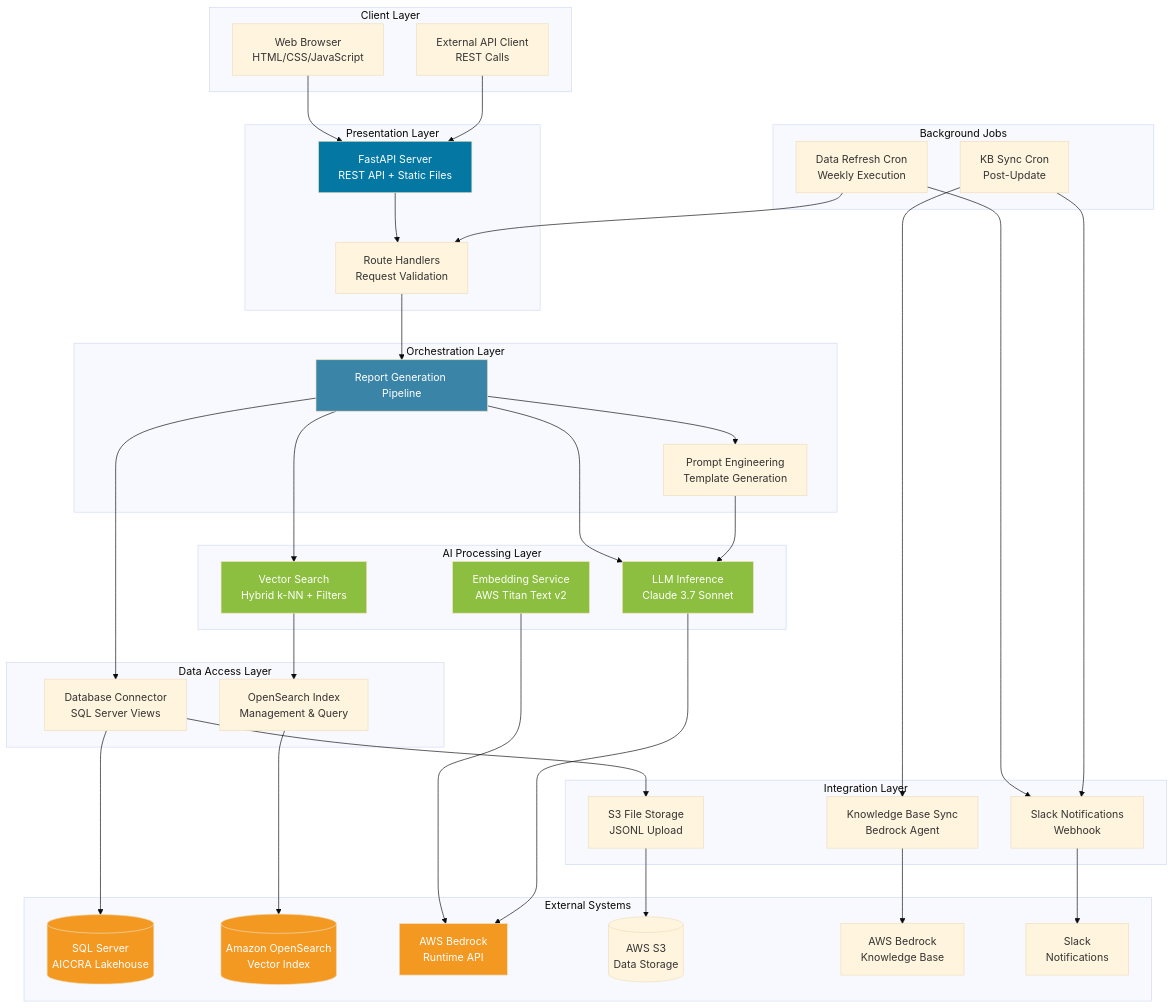
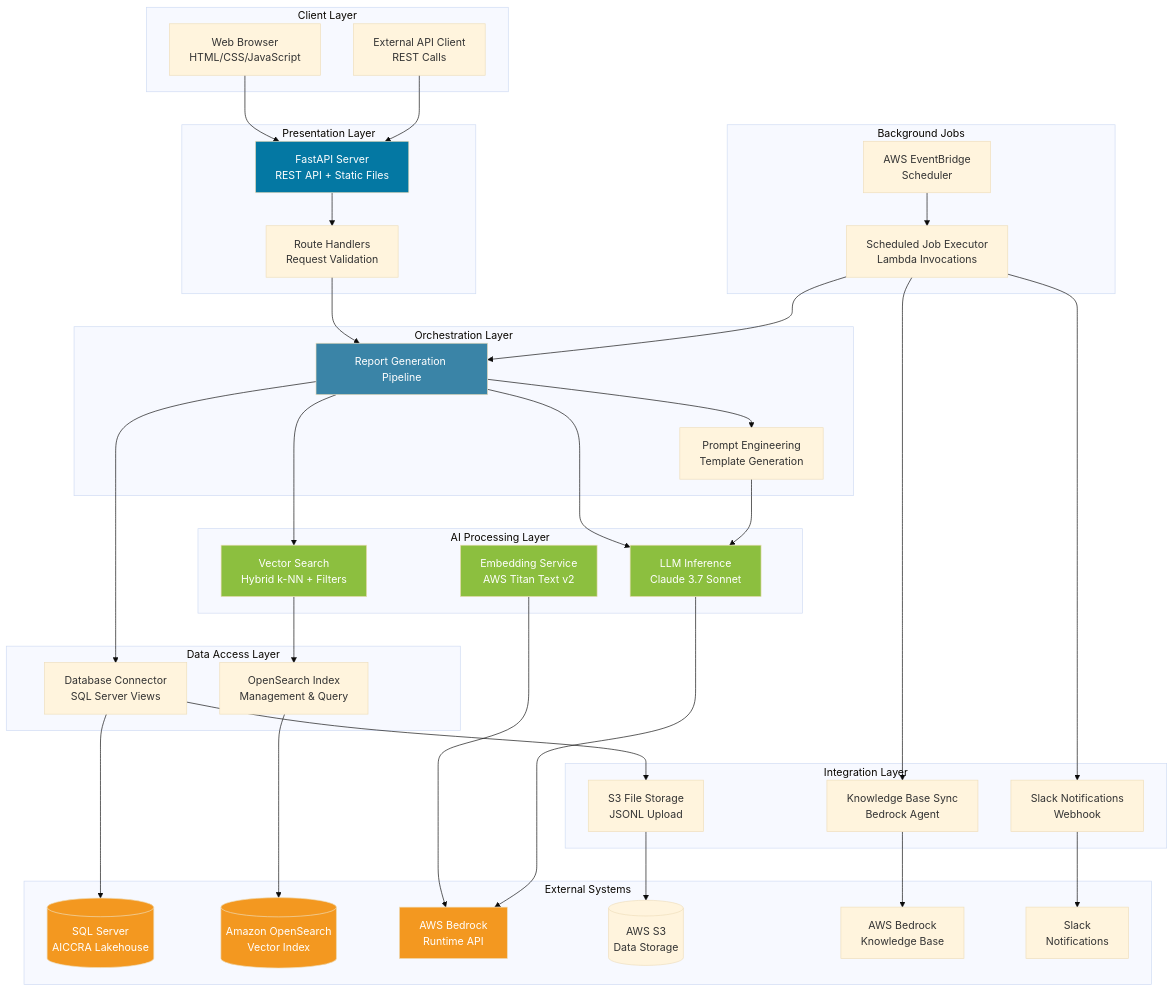
One commit to AllianceBioversityCIAT/ai-services changed the first of 2 diagrams in ar-generator-service/docs/HIGH_LEVEL_DESIGN.md. Above: the diagram before and after it, drawn with Mermaid (base theme). The commit also changed other lines of this file and 1 other file, not shown here.

Commit message:
📝 docs(ar-generator-service): migrate README and HLD to serverless Lambda

```diff
--- a/ar-generator-service/docs/HIGH_LEVEL_DESIGN.md
+++ b/ar-generator-service/docs/HIGH_LEVEL_DESIGN.md
@@ -327,8 +329,8 @@
     end
 
     subgraph "Background Jobs"
-        CronRefresh[Data Refresh Cron<br/>Weekly Execution]
-        CronKB[KB Sync Cron<br/>Post-Update]
+        EventBridge[AWS EventBridge<br/>Scheduler]
+        JobExecutor[Scheduled Job Executor<br/>Lambda Invocations]
     end
 
     subgraph "External Systems"
@@ -361,10 +363,10 @@
     S3Upload --> S3Bucket
     KBSync --> BedrockKB
 
-    CronRefresh --> Routes
-    CronRefresh --> Notify
-    CronKB --> KBSync
-    CronKB --> Notify
+    EventBridge --> JobExecutor
+    JobExecutor --> Pipeline
+    JobExecutor --> KBSync
+    JobExecutor --> Notify
 
     Notify --> Slack
 
```
